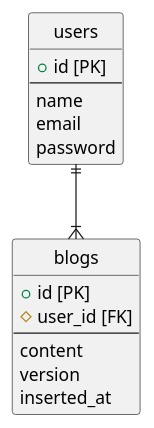
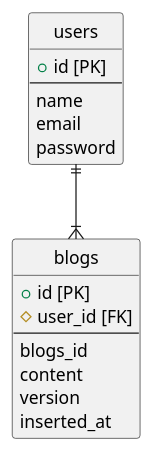
One commit to karuyutaka/prachallenge changed the diagram in DB/modeling/05/task2.pu. Above: the diagram before and after it, drawn with PlantUML. The commit also changed 1 other file, not shown here.

```diff
--- a/DB/modeling/05/task2.pu
+++ b/DB/modeling/05/task2.pu
@@ -1,27 +1,28 @@
 @startuml
 
 hide circle
 skinparam linetype ortho
 
 entity "users" {
   + id [PK]
   --
   name
   email
   password
 }
 
 
 
 entity "blogs" {
   + id [PK]
   # user_id [FK]
   --
+  blogs_id
   content
   version
   inserted_at
 }
 
 
 users ||--|{ blogs
 @enduml
```
